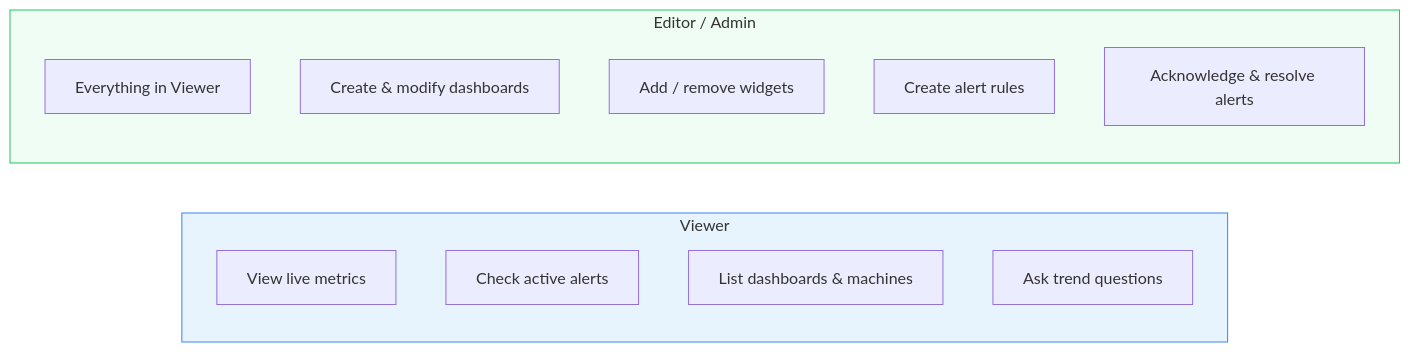
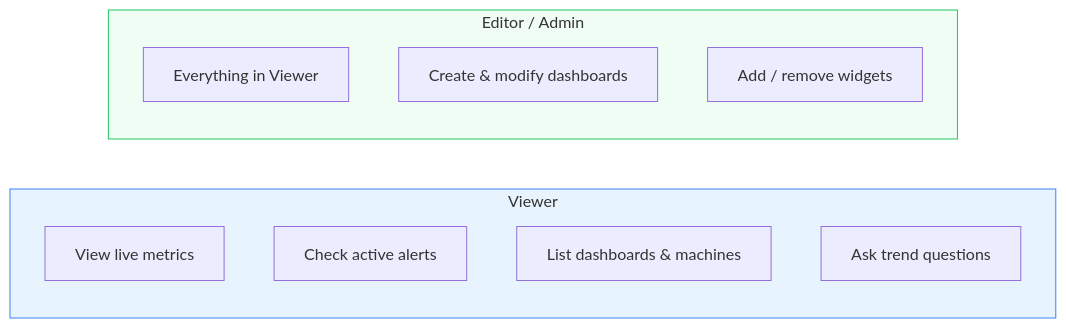
One commit to pepegummo/Project-Dashboard changed the second of 2 diagrams in docs/superpowers/specs/2026-06-30-ai-presentation.md. Above: the diagram before and after it, drawn with Mermaid. The commit also changed other lines of this file, not shown here.

Commit message:
docs: update AI presentation to reflect alert tool removal

````diff
--- a/docs/superpowers/specs/2026-06-30-ai-presentation.md
+++ b/docs/superpowers/specs/2026-06-30-ai-presentation.md
@@ -112,20 +112,18 @@
 ```mermaid
 graph LR
     subgraph Viewer
         V1[View live metrics]
         V2[Check active alerts]
         V3[List dashboards & machines]
         V4[Ask trend questions]
     end
 
     subgraph Editor["Editor / Admin"]
         E1[Everything in Viewer]
         E2[Create & modify dashboards]
         E3[Add / remove widgets]
-        E4[Create alert rules]
-        E5[Acknowledge & resolve alerts]
     end
 
     style Viewer fill:#e8f4fd,stroke:#3b82f6
     style Editor fill:#f0fdf4,stroke:#22c55e
 ```
````
